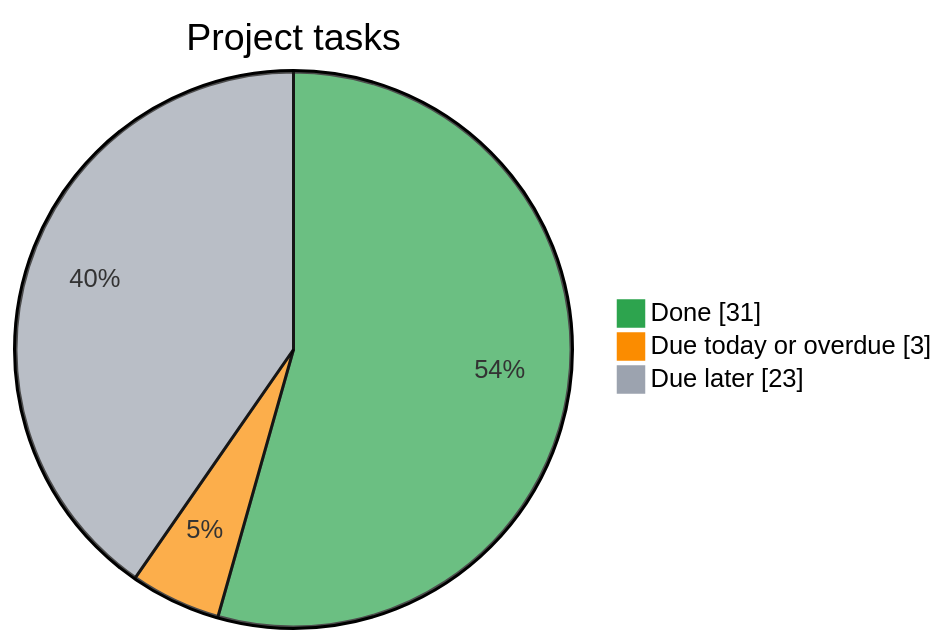
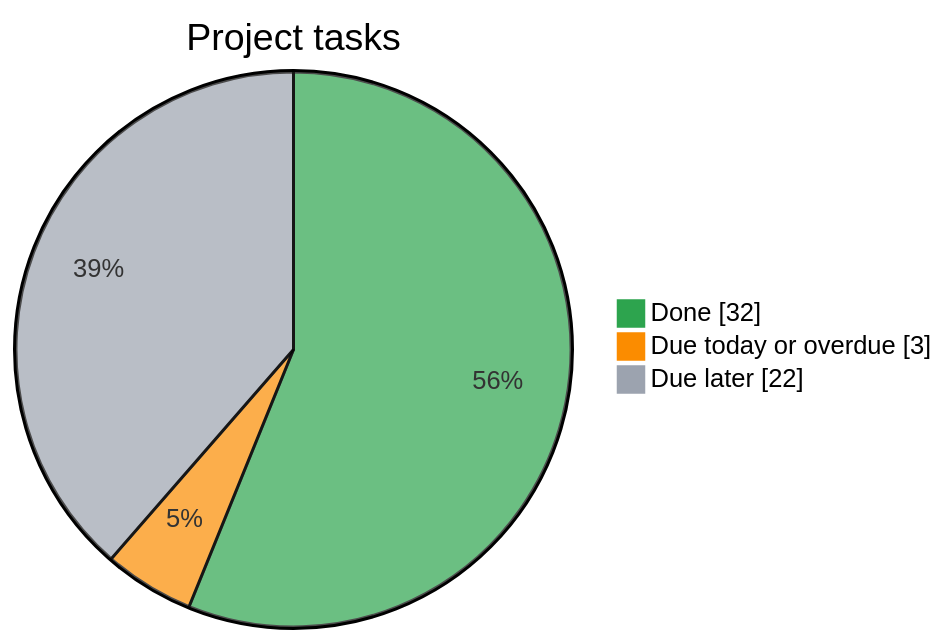
The diagram in README.md (Kr1sKros/IKT466-Corporate-Bankruptcy-Predictor), drawn with Mermaid before and after one commit. The commit also changed other lines of this file, not shown here.

Commit message:
docs: refresh task dashboard

````diff
--- a/README.md
+++ b/README.md
@@ -8,8 +8,8 @@
 ```mermaid
 %%{init: {"themeVariables": {"pie1": "#2da44e", "pie2": "#fb8c00", "pie3": "#9ca3af"}}}%%
 pie showData
     title Project tasks
-    "Done" : 31
+    "Done" : 32
     "Due today or overdue" : 3
-    "Due later" : 23
+    "Due later" : 22
 ```
````
